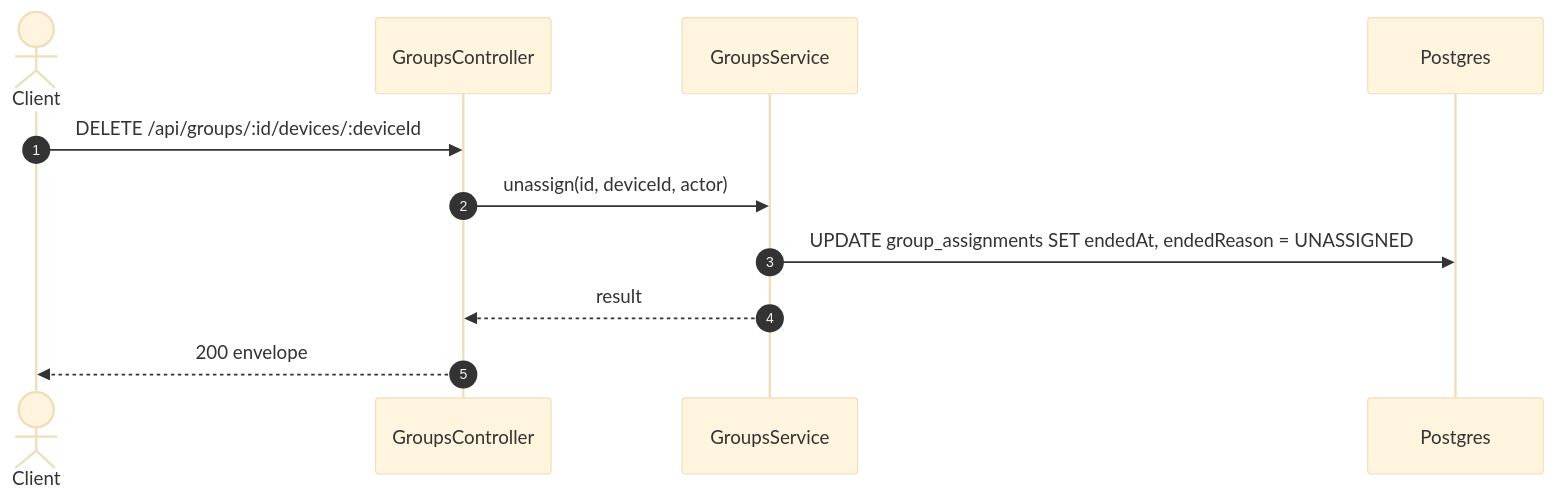
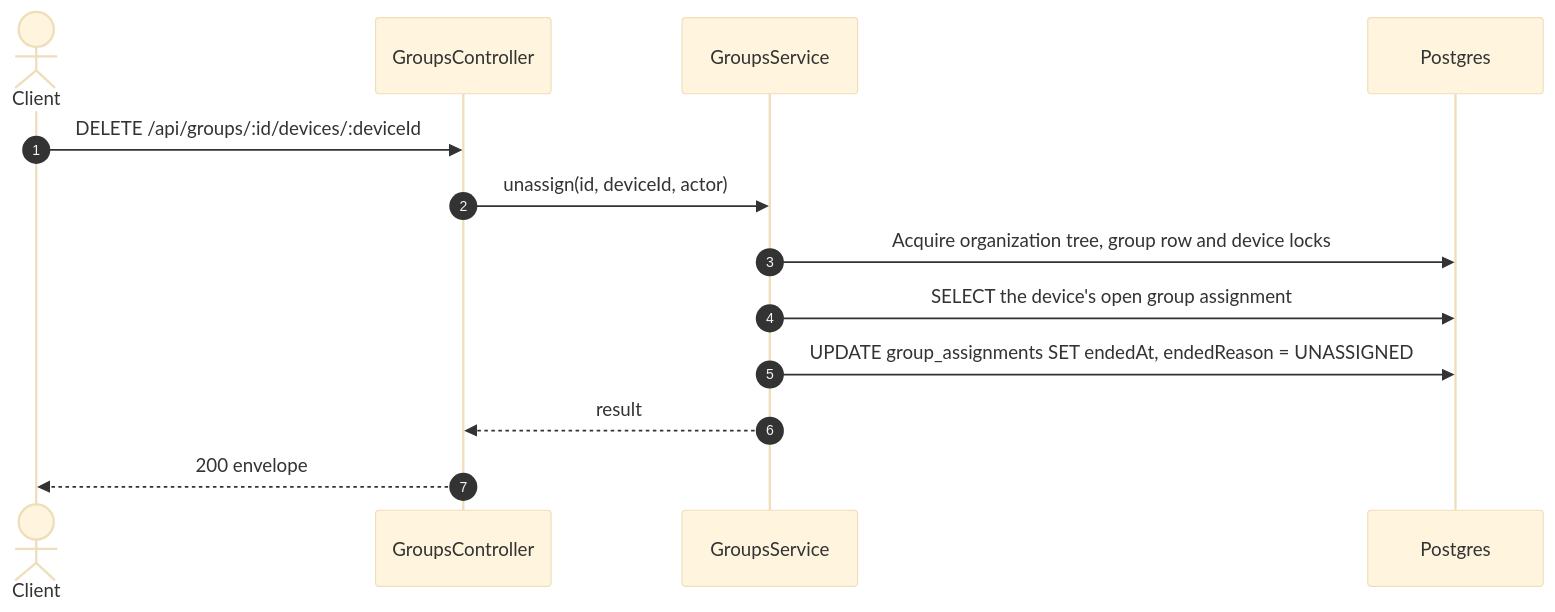
The second of 2 diagrams in specs/rentals/api-design/27-delete-groups-id-devices-deviceid.md (TrekLink-Team/treklink-web), drawn with Mermaid (base theme) before and after one commit. The commit also changed other lines of this file and 28 other files, not shown here.

````diff
--- a/specs/rentals/api-design/27-delete-groups-id-devices-deviceid.md
+++ b/specs/rentals/api-design/27-delete-groups-id-devices-deviceid.md
@@ -154,13 +144,15 @@
 ```mermaid
 sequenceDiagram
     autonumber
     actor C as Client
     participant Ctl as GroupsController
     participant Svc as GroupsService
     participant DB as Postgres
     C->>Ctl: DELETE /api/groups/:id/devices/:deviceId
     Ctl->>Svc: unassign(id, deviceId, actor)
+    Svc->>DB: Acquire organization tree, group row and device locks
+    Svc->>DB: SELECT the device's open group assignment
     Svc->>DB: UPDATE group_assignments SET endedAt, endedReason = UNASSIGNED
     Svc-->>Ctl: result
     Ctl-->>C: 200 envelope
 ```
````
